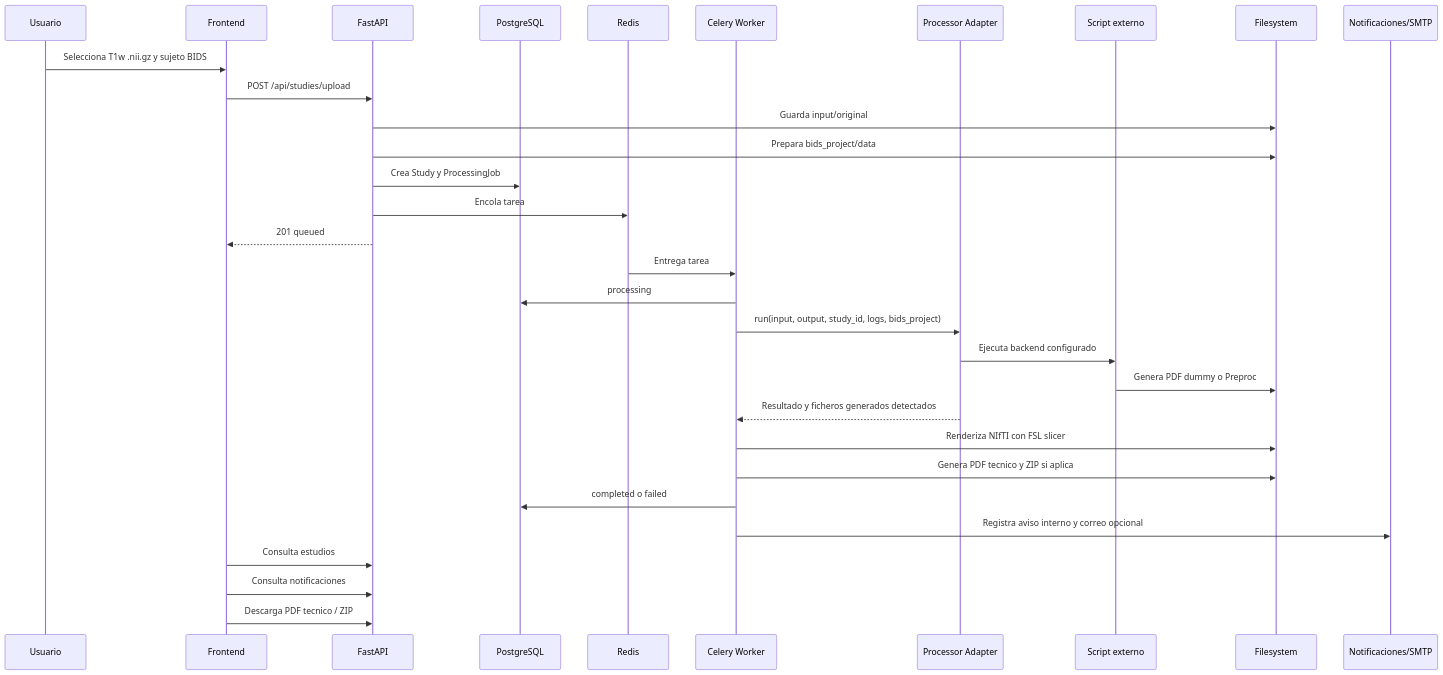
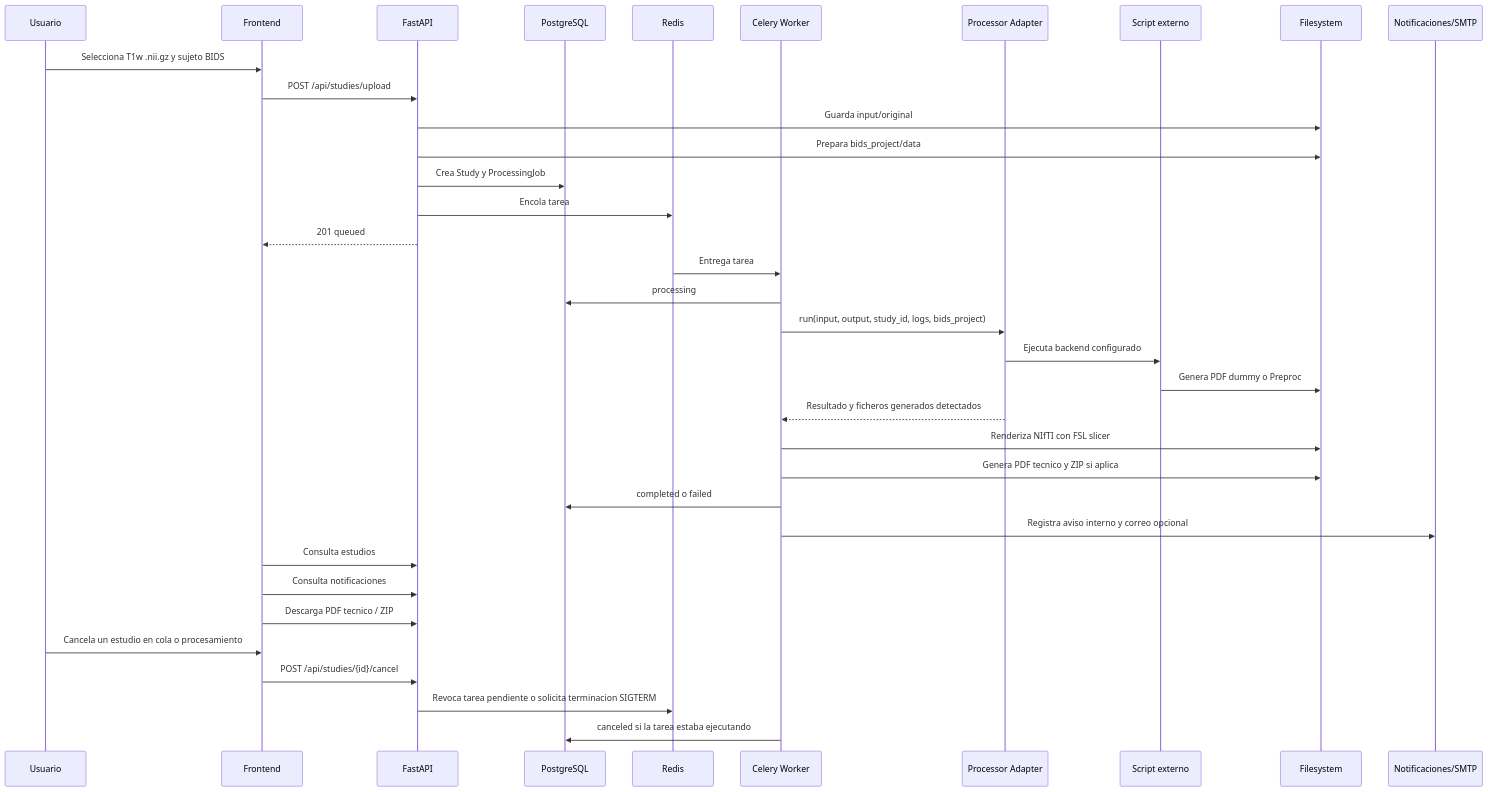
One commit to suhartx/neuroimagen-server-biocruces changed the first of 2 diagrams in docs/processing-pipeline.md. Above: the diagram before and after it, drawn with Mermaid. The commit also changed other lines of this file and 10 other files, not shown here.

````diff
--- a/docs/processing-pipeline.md
+++ b/docs/processing-pipeline.md
@@ -5,33 +5,37 @@
 ```mermaid
 sequenceDiagram
   participant U as Usuario
   participant F as Frontend
   participant A as FastAPI
   participant D as PostgreSQL
   participant R as Redis
   participant W as Celery Worker
   participant P as Processor Adapter
   participant S as Script externo
   participant FS as Filesystem
   participant N as Notificaciones/SMTP
   U->>F: Selecciona T1w .nii.gz y sujeto BIDS
   F->>A: POST /api/studies/upload
   A->>FS: Guarda input/original
   A->>FS: Prepara bids_project/data
   A->>D: Crea Study y ProcessingJob
   A->>R: Encola tarea
   A-->>F: 201 queued
   R->>W: Entrega tarea
   W->>D: processing
   W->>P: run(input, output, study_id, logs, bids_project)
   P->>S: Ejecuta backend configurado
   S->>FS: Genera PDF dummy o Preproc
   P-->>W: Resultado y ficheros generados detectados
   W->>FS: Renderiza NIfTI con FSL slicer
   W->>FS: Genera PDF tecnico y ZIP si aplica
   W->>D: completed o failed
   W->>N: Registra aviso interno y correo opcional
   F->>A: Consulta estudios
   F->>A: Consulta notificaciones
   F->>A: Descarga PDF tecnico / ZIP
+  U->>F: Cancela un estudio en cola o procesamiento
+  F->>A: POST /api/studies/{id}/cancel
+  A->>R: Revoca tarea pendiente o solicita terminacion SIGTERM
+  W->>D: canceled si la tarea estaba ejecutando
 ```
````
